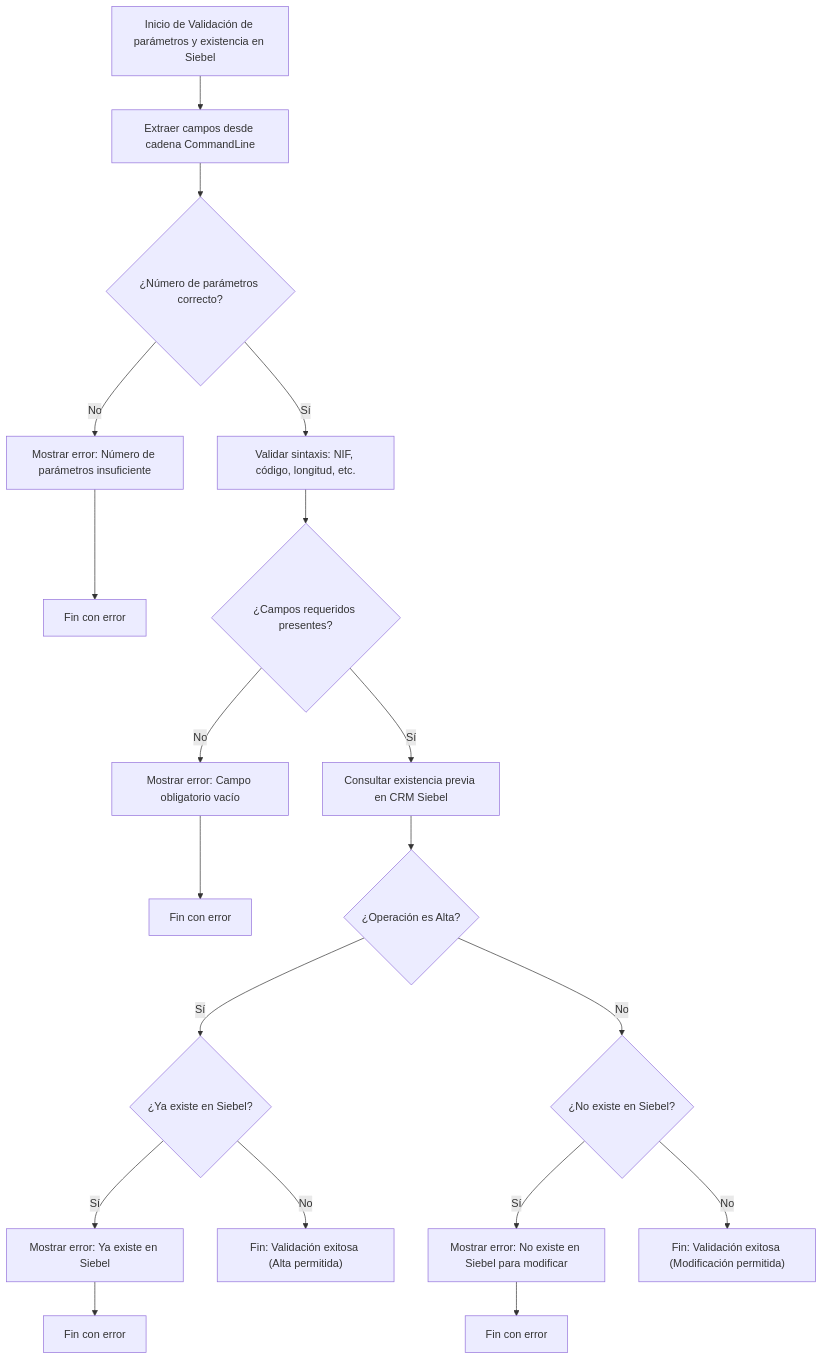
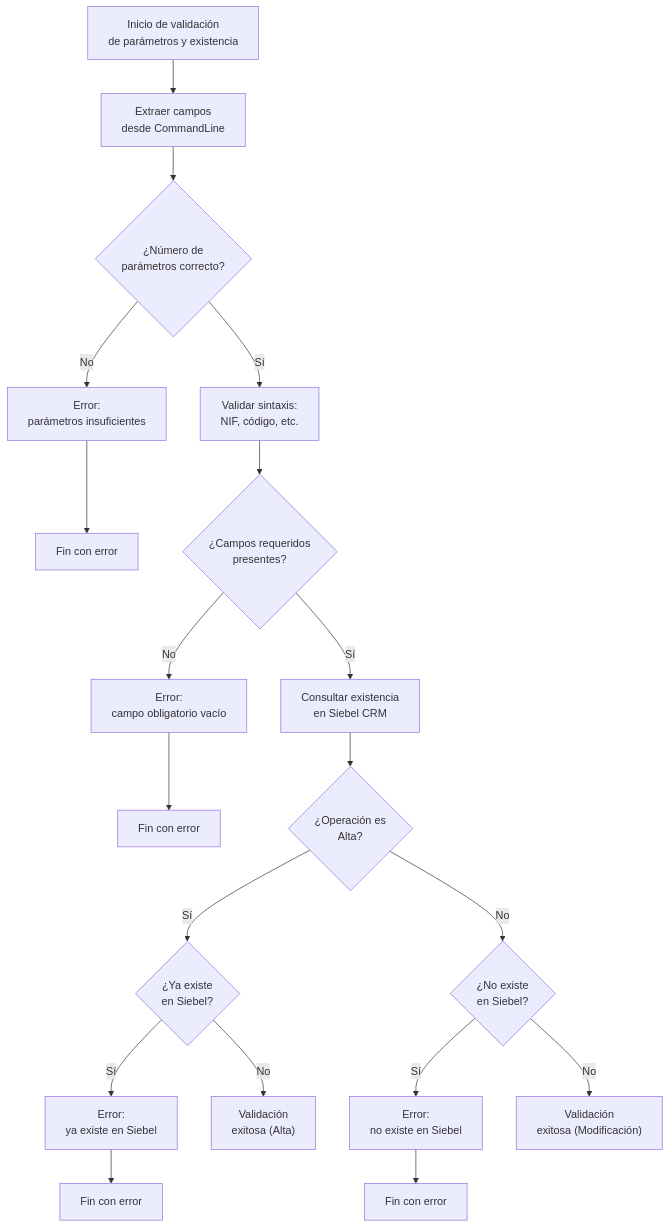
The diagram in readmeValidarParametros.md (pepices/PBLEntradaUnica), drawn with Mermaid before and after one commit.

Commit message:
Update Mermaid diagram text formatting

````diff
--- a/readmeValidarParametros.md
+++ b/readmeValidarParametros.md
@@ -9,25 +9,27 @@
 ```mermaid
 flowchart TD
-    Start["Inicio de Validación de parámetros y existencia en Siebel"]
-    Start --> ParseParams["Extraer campos desde cadena CommandLine"]
-    ParseParams --> CheckCount{"¿Número de parámetros correcto?"}
-    CheckCount -- No --> ErrorCount["Mostrar error: Número de parámetros insuficiente"]
+    Start["Inicio de validación</br>de parámetros y existencia"]
+    Start --> ParseParams["Extraer campos</br>desde CommandLine"]
+    ParseParams --> CheckCount{"¿Número de</br>parámetros correcto?"}
+    CheckCount -- No --> ErrorCount["Error:</br>parámetros insuficientes"]
     ErrorCount --> EndErr1["Fin con error"]
 
-    CheckCount -- Sí --> ValidateSyntax["Validar sintaxis: NIF, código, longitud, etc."]
-    ValidateSyntax --> CheckFields{"¿Campos requeridos presentes?"}
-    CheckFields -- No --> ErrorFields["Mostrar error: Campo obligatorio vacío"]
+    CheckCount -- Sí --> ValidateSyntax["Validar sintaxis:</br>NIF, código, etc."]
+    ValidateSyntax --> CheckFields{"¿Campos requeridos</br>presentes?"}
+    CheckFields -- No --> ErrorFields["Error:</br>campo obligatorio vacío"]
     ErrorFields --> EndErr2["Fin con error"]
 
-    CheckFields -- Sí --> CheckSiebel["Consultar existencia previa en CRM Siebel"]
-    CheckSiebel --> IsAlta{"¿Operación es Alta?"}
-    IsAlta -- Sí --> ExistsAlta{"¿Ya existe en Siebel?"}
-    ExistsAlta -- Sí --> ErrorAlta["Mostrar error: Ya existe en Siebel"]
+    CheckFields -- Sí --> CheckSiebel["Consultar existencia</br>en Siebel CRM"]
+    CheckSiebel --> IsAlta{"¿Operación es</br>Alta?"}
+    
+    IsAlta -- Sí --> ExistsAlta{"¿Ya existe</br>en Siebel?"}
+    ExistsAlta -- Sí --> ErrorAlta["Error:</br>ya existe en Siebel"]
     ErrorAlta --> EndErr3["Fin con error"]
-    ExistsAlta -- No --> EndOk1["Fin: Validación exitosa (Alta permitida)"]
+    ExistsAlta -- No --> EndOk1["Validación</br>exitosa (Alta)"]
 
-    IsAlta -- No --> ExistsMod{"¿No existe en Siebel?"}
-    ExistsMod -- Sí --> ErrorMod["Mostrar error: No existe en Siebel para modificar"]
+    IsAlta -- No --> ExistsMod{"¿No existe</br>en Siebel?"}
+    ExistsMod -- Sí --> ErrorMod["Error:</br>no existe en Siebel"]
     ErrorMod --> EndErr4["Fin con error"]
-    ExistsMod -- No --> EndOk2["Fin: Validación exitosa (Modificación permitida)"]
+    ExistsMod -- No --> EndOk2["Validación</br>exitosa (Modificación)"]
+
 ```
````
